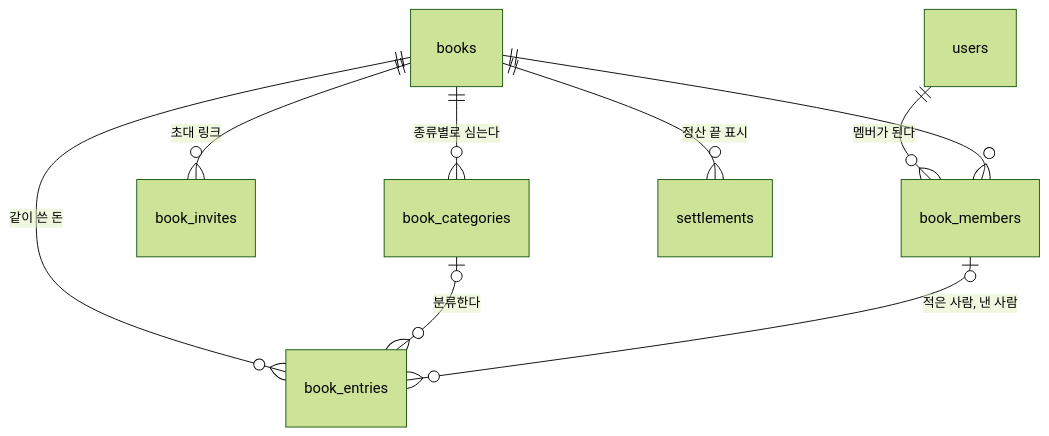
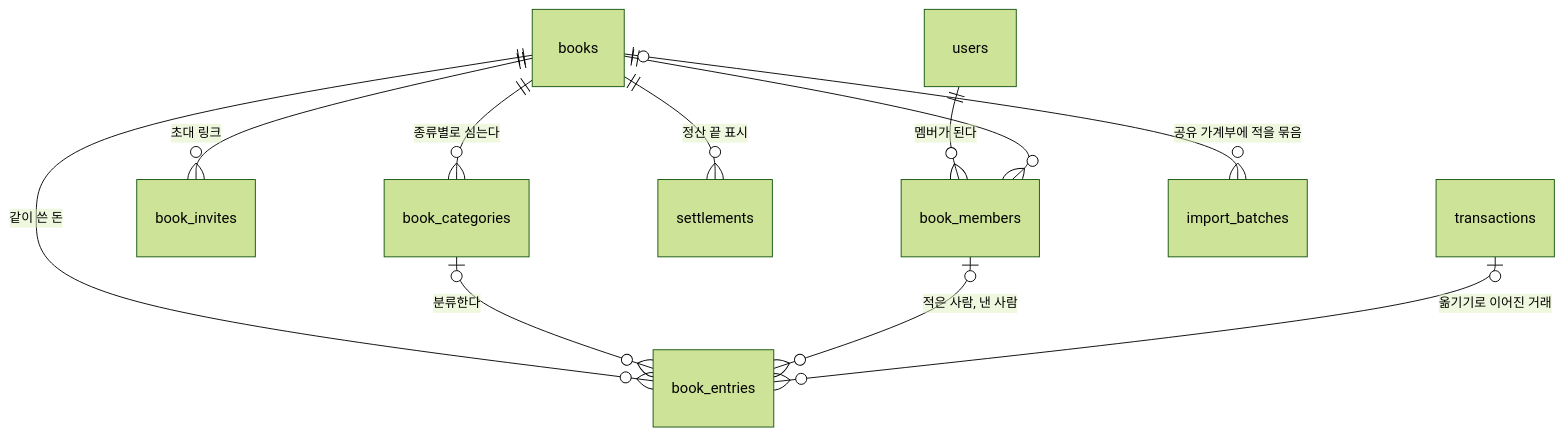
The second of 2 diagrams in docs/DATA_MODEL.md (96Hong2/pocket), drawn with Mermaid (forest theme) before and after one commit. The commit also changed other lines of this file and 76 other files, not shown here.

````diff
--- a/docs/DATA_MODEL.md
+++ b/docs/DATA_MODEL.md
@@ -69,11 +69,13 @@
 ```mermaid
 erDiagram
   users ||--o{ book_members : "멤버가 된다"
   books ||--o{ book_members : ""
   books ||--o{ book_invites : "초대 링크"
   books ||--o{ book_categories : "종류별로 심는다"
   books ||--o{ book_entries : "같이 쓴 돈"
   books ||--o{ settlements : "정산 끝 표시"
   book_categories |o--o{ book_entries : "분류한다"
   book_members |o--o{ book_entries : "적은 사람, 낸 사람"
+  transactions |o--o{ book_entries : "옮기기로 이어진 거래"
+  books |o--o{ import_batches : "공유 가계부에 적을 묶음"
 ```
````
